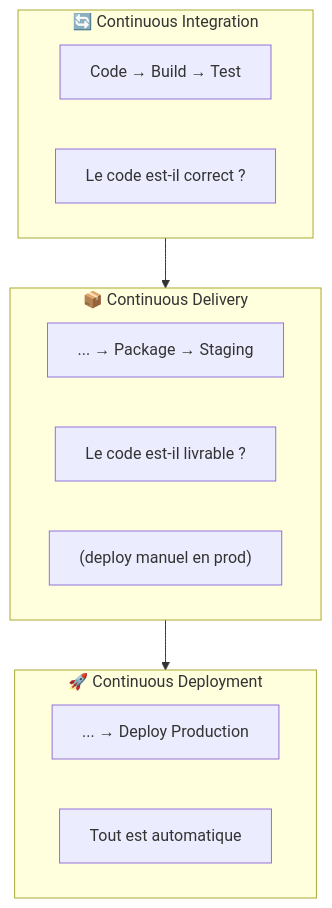
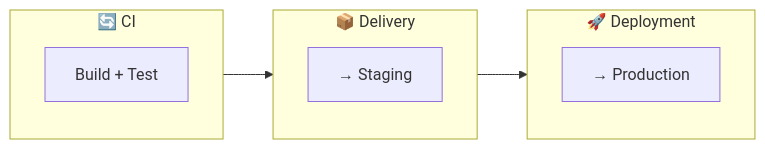
One commit to Foreach-Academy-France/formation-initialisation-ci changed the third of 3 diagrams in slides/jour1-introduction-ci.md. Above: the diagram before and after it, drawn with Mermaid. The commit also changed other lines of this file, not shown here.

Commit message:
fix(slides): simplify slide 12 CI vs CD diagram
Use horizontal layout + table for better fit

```diff
--- a/slides/jour1-introduction-ci.md
+++ b/slides/jour1-introduction-ci.md
@@ -244,18 +244,13 @@
 <div class="mermaid">
-flowchart TB
-    subgraph CI["🔄 Continuous Integration"]
-        CI1["Code → Build → Test"]
-        CI2["Le code est-il correct ?"]
+flowchart LR
+    subgraph CI["🔄 CI"]
+        CI1["Build + Test"]
     end
-    subgraph CDel["📦 Continuous Delivery"]
-        CDel1["... → Package → Staging"]
-        CDel2["Le code est-il livrable ?"]
-        CDel3["(deploy manuel en prod)"]
+    subgraph CDel["📦 Delivery"]
+        CDel1["→ Staging"]
     end
-    subgraph CDep["🚀 Continuous Deployment"]
-        CDep1["... → Deploy Production"]
-        CDep2["Tout est automatique"]
+    subgraph CDep["🚀 Deployment"]
+        CDep1["→ Production"]
     end
-    CI --> CDel
-    CDel --> CDep
+    CI --> CDel --> CDep
 </div>
```
